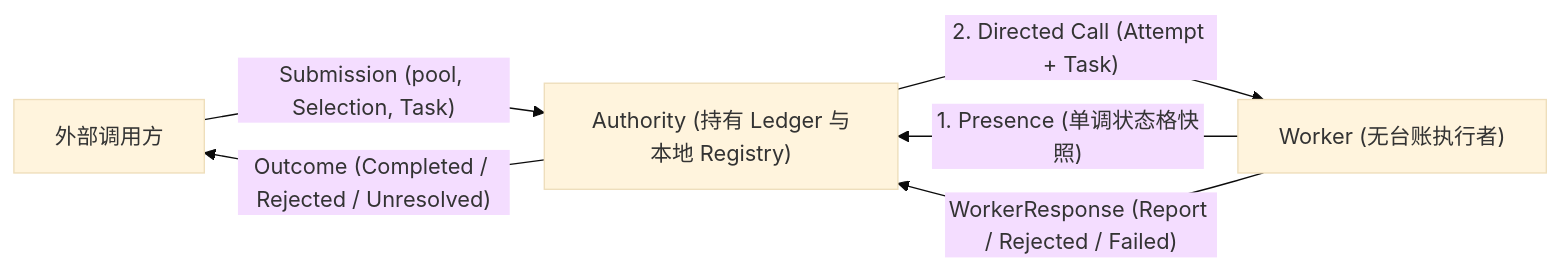
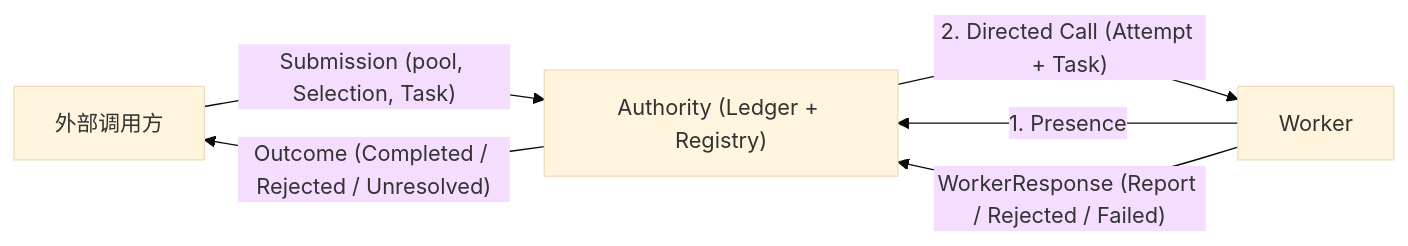
Before and after one commit to Everfold/Beamlet: the first of 4 diagrams in spec/04-protocol.md, drawn with Mermaid (base theme). The commit also changed other lines of this file and 8 other files, not shown here.

````diff
--- a/spec/04-protocol.md
+++ b/spec/04-protocol.md
@@ -13,8 +11,8 @@
 ```mermaid
 flowchart LR
-    Ext["外部调用方"] -->|"Submission (pool, Selection, Task)"| A["Authority (持有 Ledger 与本地 Registry)"]
+    Ext["外部调用方"] -->|"Submission (pool, Selection, Task)"| A["Authority (Ledger + Registry)"]
     A -->|"Outcome (Completed / Rejected / Unresolved)"| Ext
-    W["Worker (无台账执行者)"] -->|"1. Presence (单调状态格快照)"| A
+    W["Worker"] -->|"1. Presence"| A
     A -->|"2. Directed Call (Attempt + Task)"| W
     W -->|"WorkerResponse (Report / Rejected / Failed)"| A
 ```
````
